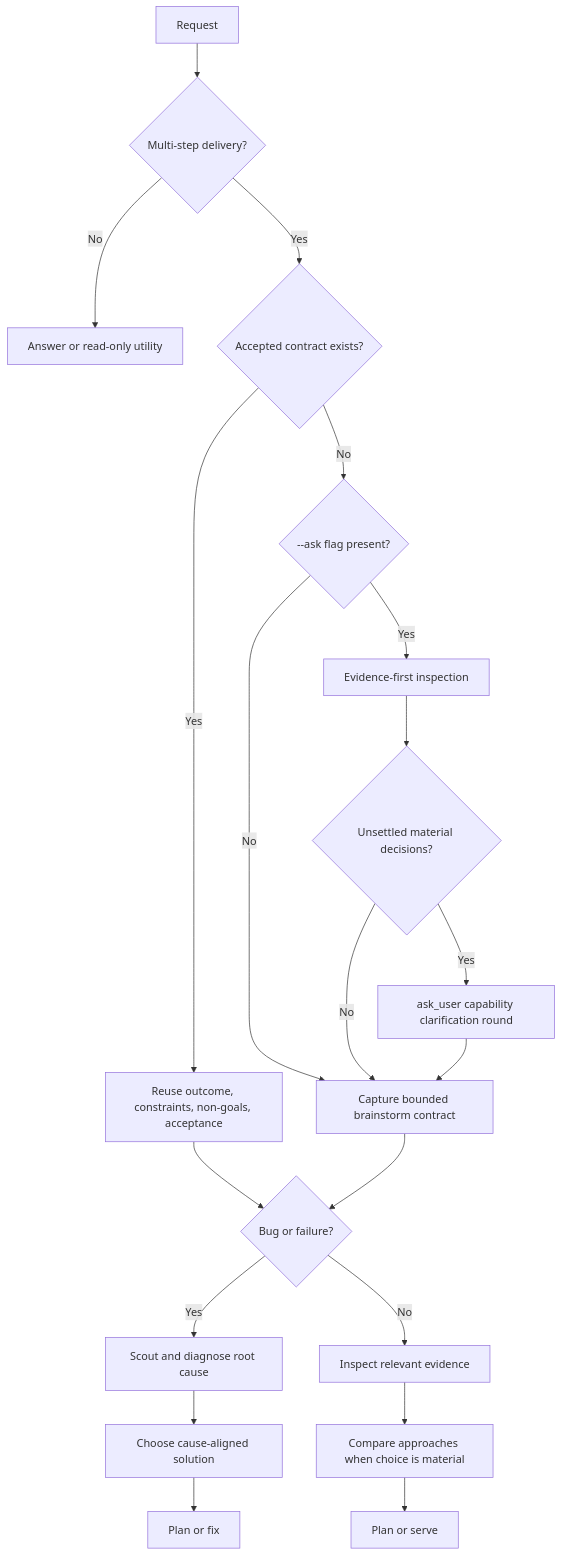
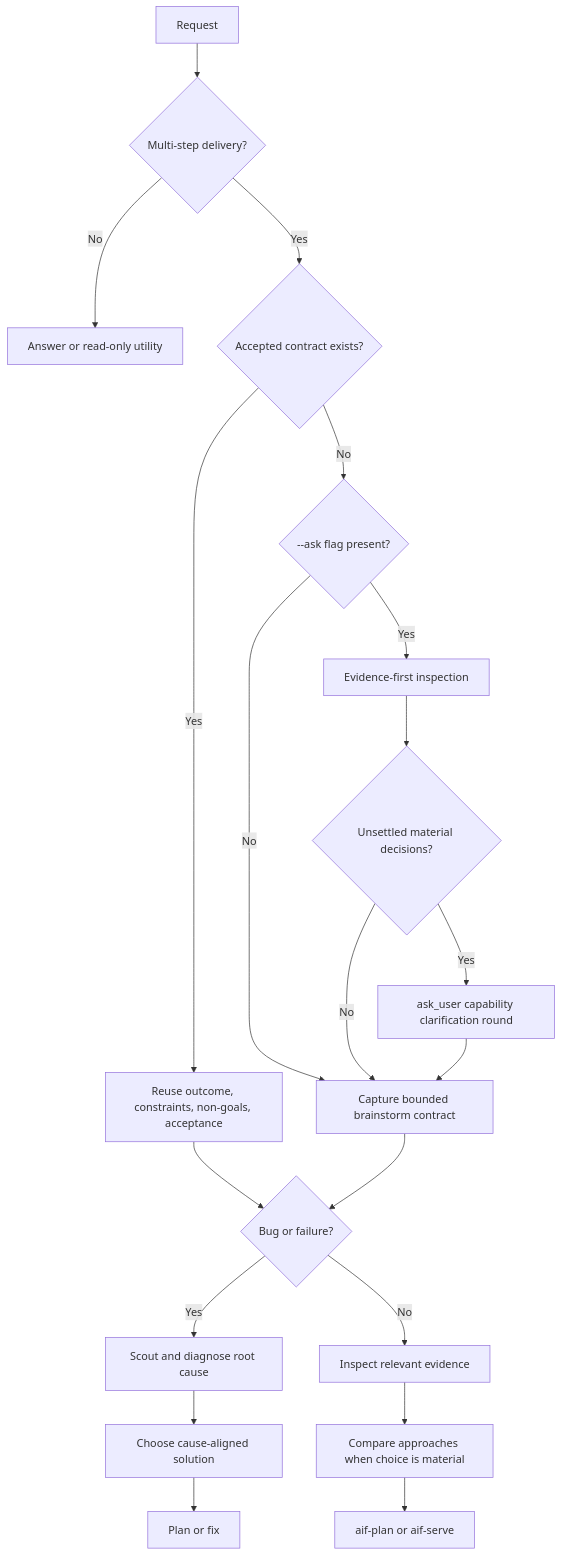
The diagram in skills/engineering/aif-brainstorm/SKILL.md (ainative-build/skills), drawn with Mermaid before and after one commit. The commit also changed 22 other files, not shown here.

````diff
--- a/skills/engineering/aif-brainstorm/SKILL.md
+++ b/skills/engineering/aif-brainstorm/SKILL.md
@@ -128,22 +128,22 @@
 ```mermaid
 flowchart TD
     A[Request] --> B{Multi-step delivery?}
     B -->|No| C[Answer or read-only utility]
     B -->|Yes| D{Accepted contract exists?}
     D -->|Yes| E[Reuse outcome, constraints, non-goals, acceptance]
     D -->|No| D1{--ask flag present?}
     D1 -->|No| F[Capture bounded brainstorm contract]
     D1 -->|Yes| E1[Evidence-first inspection]
     E1 --> E2{Unsettled material decisions?}
     E2 -->|No| F
     E2 -->|Yes| E3[ask_user capability clarification round]
     E3 --> F
     E --> G{Bug or failure?}
     F --> G
     G -->|Yes| H[Scout and diagnose root cause]
     H --> I[Choose cause-aligned solution]
     G -->|No| J[Inspect relevant evidence]
     J --> K[Compare approaches when choice is material]
     I --> L[Plan or fix]
-    K --> L2[Plan or serve]
+    K --> L2[aif-plan or aif-serve]
 ```
````
